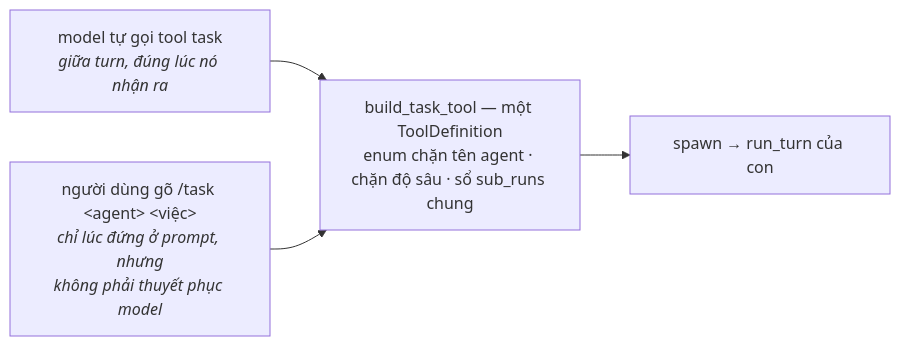
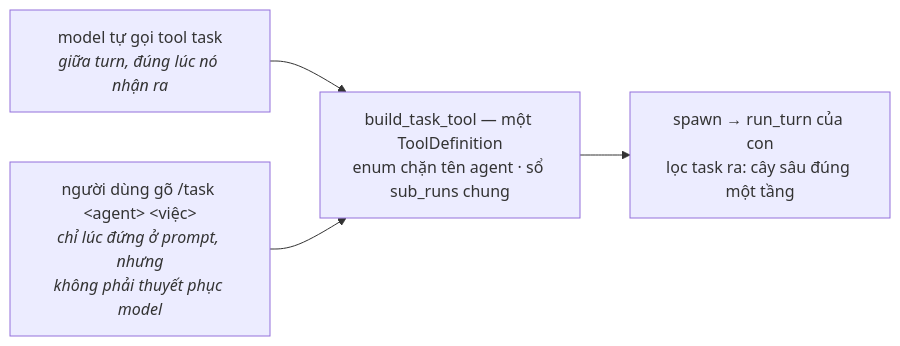
The fourth of 4 diagrams in docs/kien-truc.md (phucduocdoan/agent-harness-base), drawn with Mermaid before and after one commit. The commit also changed other lines of this file and 7 other files, not shown here.

````diff
--- a/docs/kien-truc.md
+++ b/docs/kien-truc.md
@@ -191,6 +191,6 @@
 ```mermaid
 flowchart LR
     M["model tự gọi tool task<br><i>giữa turn, đúng lúc nó nhận ra</i>"] --> TD
     U["người dùng gõ /task &lt;agent&gt; &lt;việc&gt;<br><i>chỉ lúc đứng ở prompt, nhưng<br>không phải thuyết phục model</i>"] --> TD
-    TD["build_task_tool — một ToolDefinition<br>enum chặn tên agent · chặn độ sâu · sổ sub_runs chung"] --> SP["spawn → run_turn của con"]
+    TD["build_task_tool — một ToolDefinition<br>enum chặn tên agent · sổ sub_runs chung"] --> SP["spawn → run_turn của con<br>lọc task ra: cây sâu đúng một tầng"]
 ```
````
